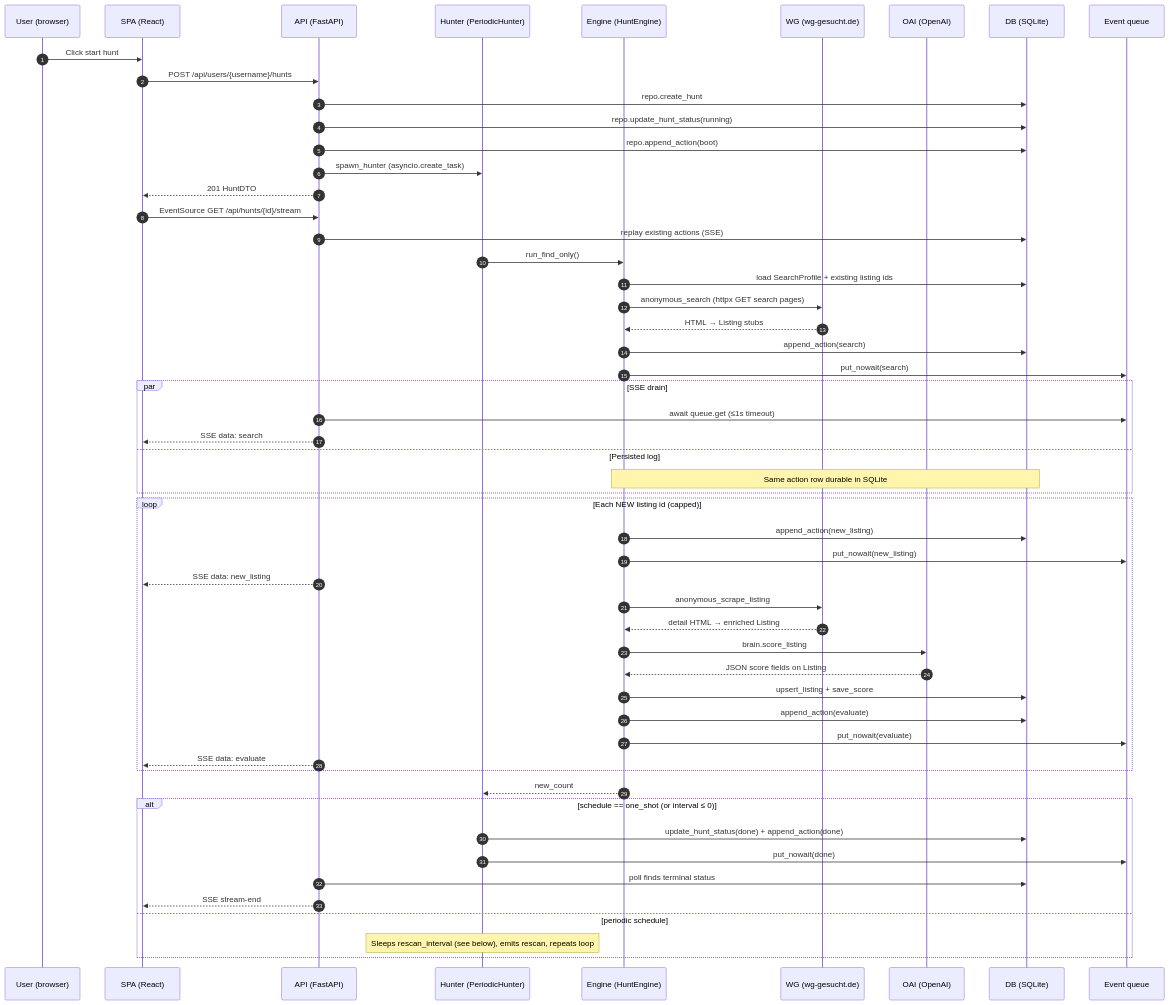
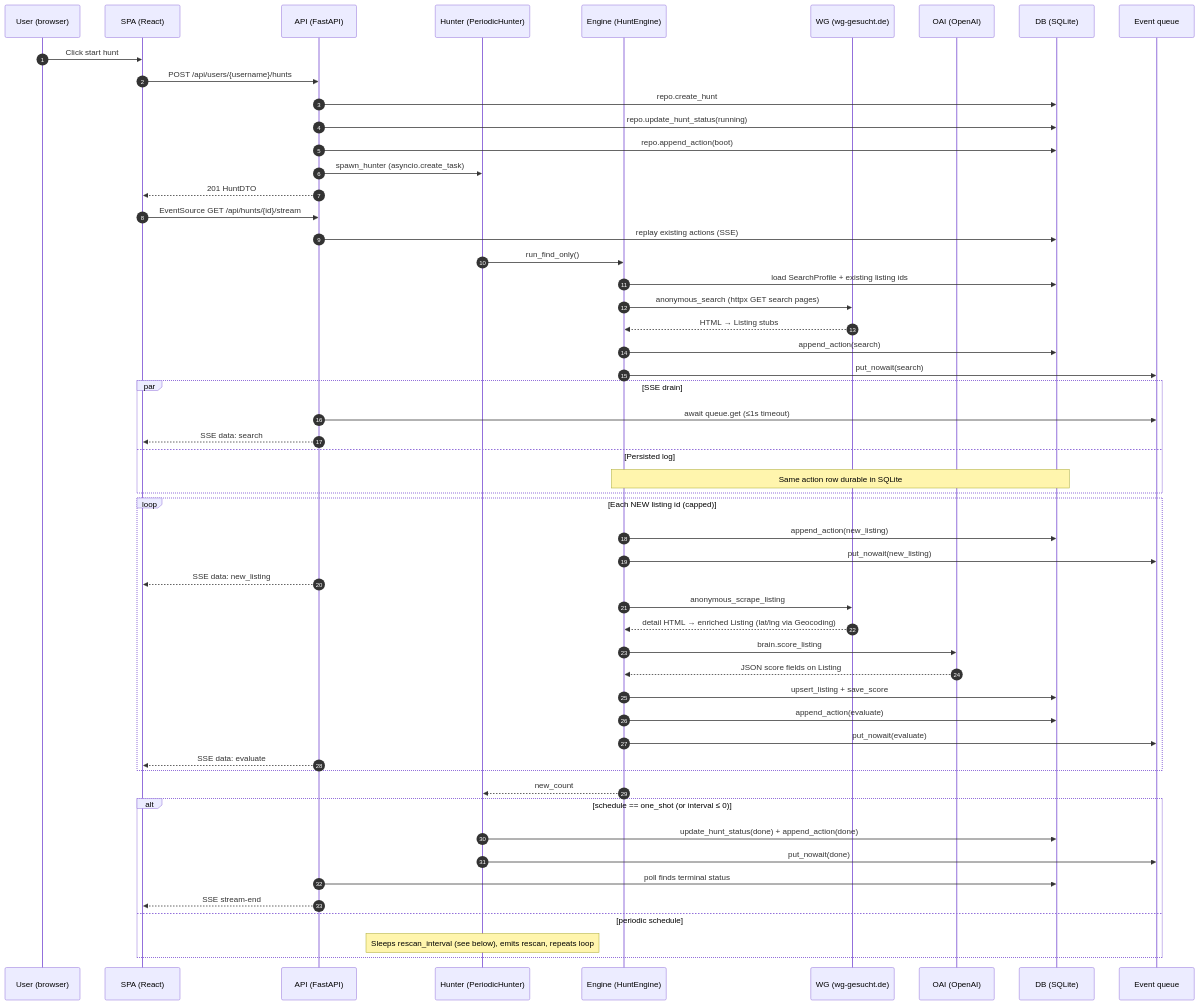
Before and after one commit to v-ya-ch-e/tumai-makeathon-2026: the diagram in docs/AGENT_LOOP.md, drawn with Mermaid. The commit also changed 16 other files, not shown here.

````diff
--- a/docs/AGENT_LOOP.md
+++ b/docs/AGENT_LOOP.md
@@ -7,63 +7,63 @@
 ```mermaid
 sequenceDiagram
   autonumber
   participant User as User (browser)
   participant SPA as SPA (React)
   participant API as API (FastAPI)
   participant Hunter as Hunter (PeriodicHunter)
   participant Engine as Engine (HuntEngine)
   participant WG as WG (wg-gesucht.de)
   participant OAI as OAI (OpenAI)
   participant DB as DB (SQLite)
   participant Q as Event queue
 
   User->>SPA: Click start hunt
   SPA->>API: POST /api/users/{username}/hunts
   API->>DB: repo.create_hunt
   API->>DB: repo.update_hunt_status(running)
   API->>DB: repo.append_action(boot)
   API->>Hunter: spawn_hunter (asyncio.create_task)
   API-->>SPA: 201 HuntDTO
 
   SPA->>API: EventSource GET /api/hunts/{id}/stream
   API->>DB: replay existing actions (SSE)
 
   Hunter->>Engine: run_find_only()
   Engine->>DB: load SearchProfile + existing listing ids
   Engine->>WG: anonymous_search (httpx GET search pages)
   WG-->>Engine: HTML → Listing stubs
 
   Engine->>DB: append_action(search)
   Engine->>Q: put_nowait(search)
   par SSE drain
     API->>Q: await queue.get (≤1s timeout)
     API-->>SPA: SSE data: search
   and Persisted log
     Note over Engine,DB: Same action row durable in SQLite
   end
 
   loop Each NEW listing id (capped)
     Engine->>DB: append_action(new_listing)
     Engine->>Q: put_nowait(new_listing)
     API-->>SPA: SSE data: new_listing
     Engine->>WG: anonymous_scrape_listing
-    WG-->>Engine: detail HTML → enriched Listing
+    WG-->>Engine: detail HTML → enriched Listing (lat/lng via Geocoding)
     Engine->>OAI: brain.score_listing
     OAI-->>Engine: JSON score fields on Listing
     Engine->>DB: upsert_listing + save_score
     Engine->>DB: append_action(evaluate)
     Engine->>Q: put_nowait(evaluate)
     API-->>SPA: SSE data: evaluate
   end
 
   Engine-->>Hunter: new_count
 
   alt schedule == one_shot (or interval ≤ 0)
     Hunter->>DB: update_hunt_status(done) + append_action(done)
     Hunter->>Q: put_nowait(done)
     API->>DB: poll finds terminal status
     API-->>SPA: SSE stream-end
   else periodic schedule
     Note over Hunter: Sleeps rescan_interval (see below), emits rescan, repeats loop
   end
 ```
````
